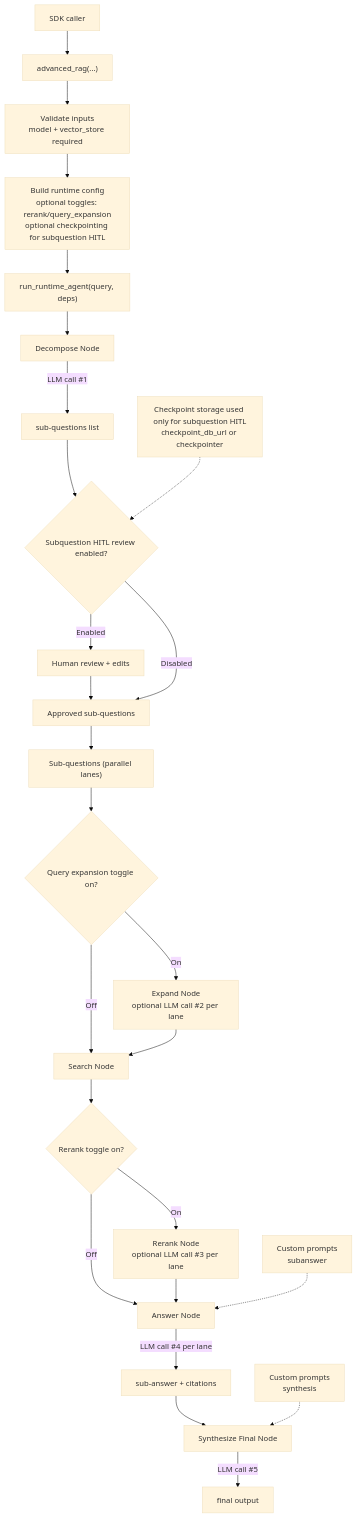
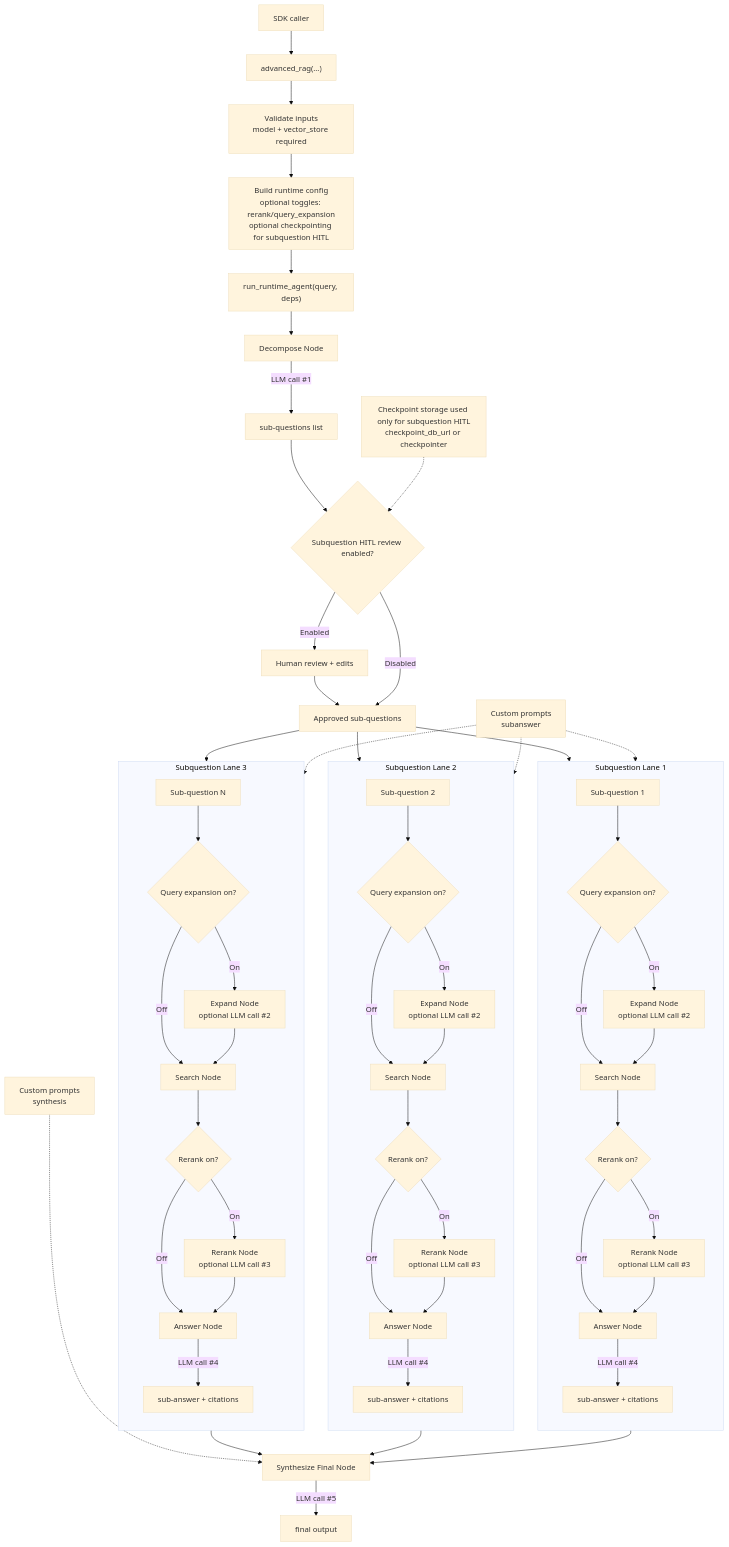
One commit to Nickbohm555/agent-search changed the diagram in README.md. Above: the diagram before and after it, drawn with Mermaid (base theme).

Commit message:
Show subquestion lanes in README data flow diagram

````diff
--- a/README.md
+++ b/README.md
@@ -19,34 +19,69 @@
 ```mermaid
 flowchart TD
     A["SDK caller"] --> B["advanced_rag(...)"]
     B --> C["Validate inputs<br/>model + vector_store required"]
     C --> D["Build runtime config<br/>optional toggles: rerank/query_expansion<br/>optional checkpointing for subquestion HITL"]
     D --> E["run_runtime_agent(query, deps)"]
     E --> F["Decompose Node"]
     F -->|LLM call #1| G["sub-questions list"]
 
     G --> HITL{"Subquestion HITL review enabled?"}
     HITL -->|Enabled| H["Human review + edits"]
     H --> GOK["Approved sub-questions"]
     HITL -->|Disabled| GOK
 
-    GOK --> SQ["Sub-questions (parallel lanes)"]
+    GOK --> L1_START
+    GOK --> L2_START
+    GOK --> L3_START
 
-    SQ --> QE{"Query expansion toggle on?"}
-    QE -->|On| EX["Expand Node<br/>optional LLM call #2 per lane"]
-    QE -->|Off| SR["Search Node"]
-    EX --> SR
+    subgraph L1["Subquestion Lane 1"]
+        direction TD
+        L1_START["Sub-question 1"] --> L1_QE{"Query expansion on?"}
+        L1_QE -->|On| L1_EX["Expand Node<br/>optional LLM call #2"]
+        L1_QE -->|Off| L1_SR["Search Node"]
+        L1_EX --> L1_SR
+        L1_SR --> L1_RR{"Rerank on?"}
+        L1_RR -->|On| L1_RERANK["Rerank Node<br/>optional LLM call #3"]
+        L1_RR -->|Off| L1_AN["Answer Node"]
+        L1_RERANK --> L1_AN
+        L1_AN -->|LLM call #4| L1_SA["sub-answer + citations"]
+    end
 
-    SR --> RERANK{"Rerank toggle on?"}
-    RERANK -->|On| RR["Rerank Node<br/>optional LLM call #3 per lane"]
-    RERANK -->|Off| AN["Answer Node"]
-    RR --> AN
+    subgraph L2["Subquestion Lane 2"]
+        direction TD
+        L2_START["Sub-question 2"] --> L2_QE{"Query expansion on?"}
+        L2_QE -->|On| L2_EX["Expand Node<br/>optional LLM call #2"]
+        L2_QE -->|Off| L2_SR["Search Node"]
+        L2_EX --> L2_SR
+        L2_SR --> L2_RR{"Rerank on?"}
+        L2_RR -->|On| L2_RERANK["Rerank Node<br/>optional LLM call #3"]
+        L2_RR -->|Off| L2_AN["Answer Node"]
+        L2_RERANK --> L2_AN
+        L2_AN -->|LLM call #4| L2_SA["sub-answer + citations"]
+    end
 
-    CP1["Custom prompts<br/>subanswer"] -.-> AN
-    AN -->|LLM call #4 per lane| SA["sub-answer + citations"]
-    SA --> SYN["Synthesize Final Node"]
+    subgraph L3["Subquestion Lane 3"]
+        direction TD
+        L3_START["Sub-question N"] --> L3_QE{"Query expansion on?"}
+        L3_QE -->|On| L3_EX["Expand Node<br/>optional LLM call #2"]
+        L3_QE -->|Off| L3_SR["Search Node"]
+        L3_EX --> L3_SR
+        L3_SR --> L3_RR{"Rerank on?"}
+        L3_RR -->|On| L3_RERANK["Rerank Node<br/>optional LLM call #3"]
+        L3_RR -->|Off| L3_AN["Answer Node"]
+        L3_RERANK --> L3_AN
+        L3_AN -->|LLM call #4| L3_SA["sub-answer + citations"]
+    end
+
+    CP1["Custom prompts<br/>subanswer"] -.-> L1_AN
+    CP1 -.-> L2_AN
+    CP1 -.-> L3_AN
+
+    L1_SA --> SYN["Synthesize Final Node"]
+    L2_SA --> SYN
+    L3_SA --> SYN
     CP2["Custom prompts<br/>synthesis"] -.-> SYN
     SYN -->|LLM call #5| OUT["final output"]
 
     DB["Checkpoint storage used only for subquestion HITL<br/>checkpoint_db_url or checkpointer"] -.-> HITL
 ```
````
